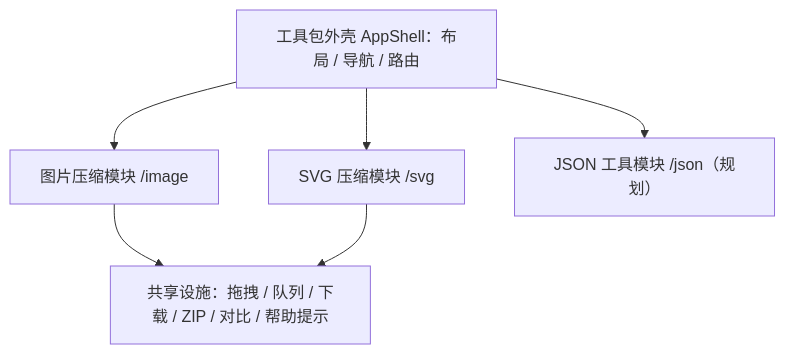
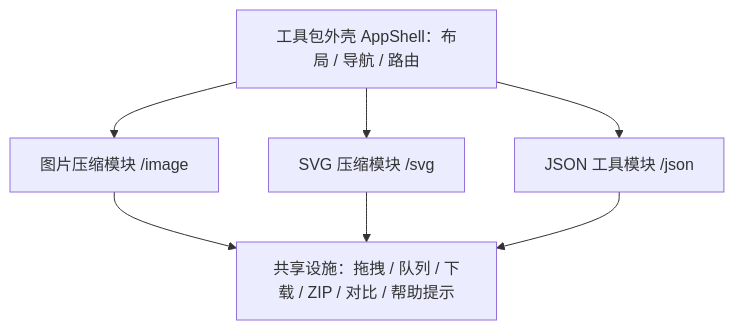
Before and after one commit to qianyong123/developer-kits: the diagram in docs/公共技术方案.md, drawn with Mermaid. The commit also changed other lines of this file and 7 other files, not shown here.

````diff
--- a/docs/公共技术方案.md
+++ b/docs/公共技术方案.md
@@ -12,8 +12,9 @@
 ```mermaid
 graph TD
   Shell[工具包外壳 AppShell：布局 / 导航 / 路由] --> Image[图片压缩模块 /image]
   Shell --> Svg[SVG 压缩模块 /svg]
-  Shell --> Json[JSON 工具模块 /json（规划）]
+  Shell --> Json[JSON 工具模块 /json]
   Image --> Shared[共享设施：拖拽 / 队列 / 下载 / ZIP / 对比 / 帮助提示]
   Svg --> Shared
+  Json --> Shared
 ```
````
